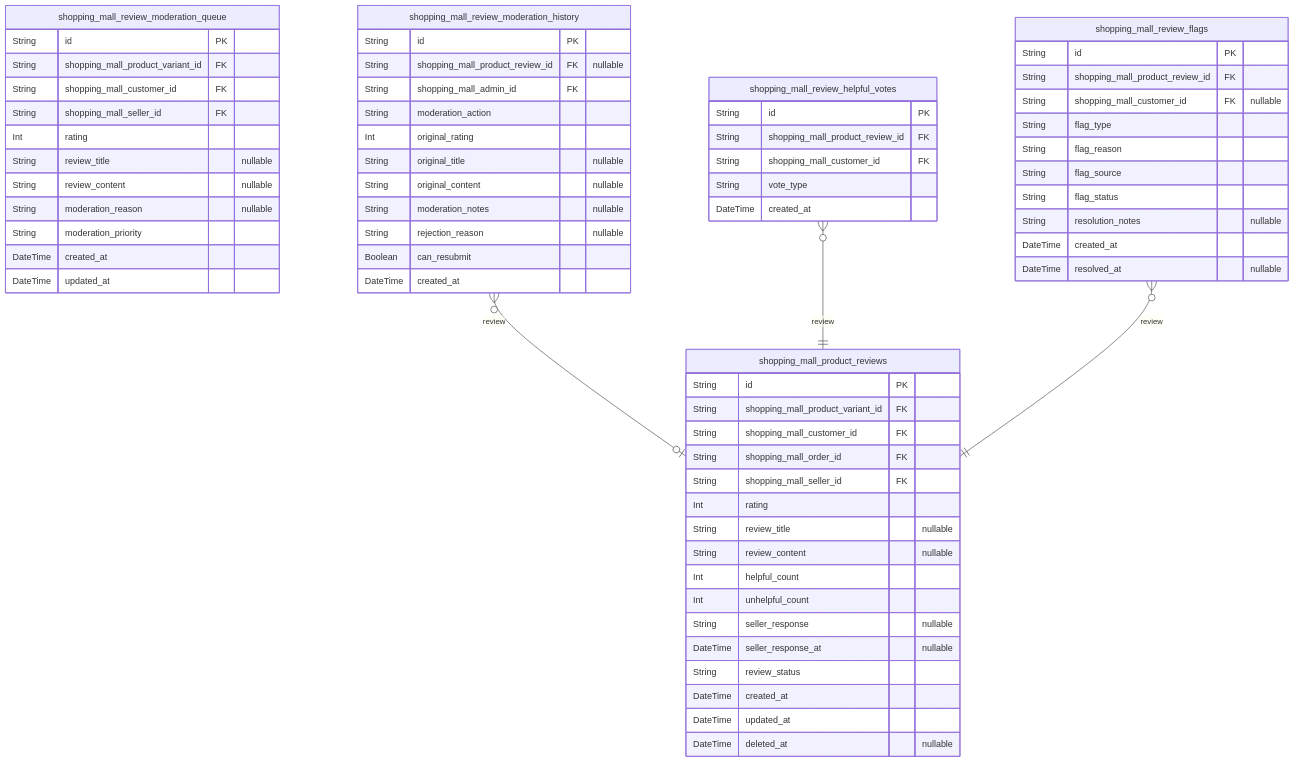
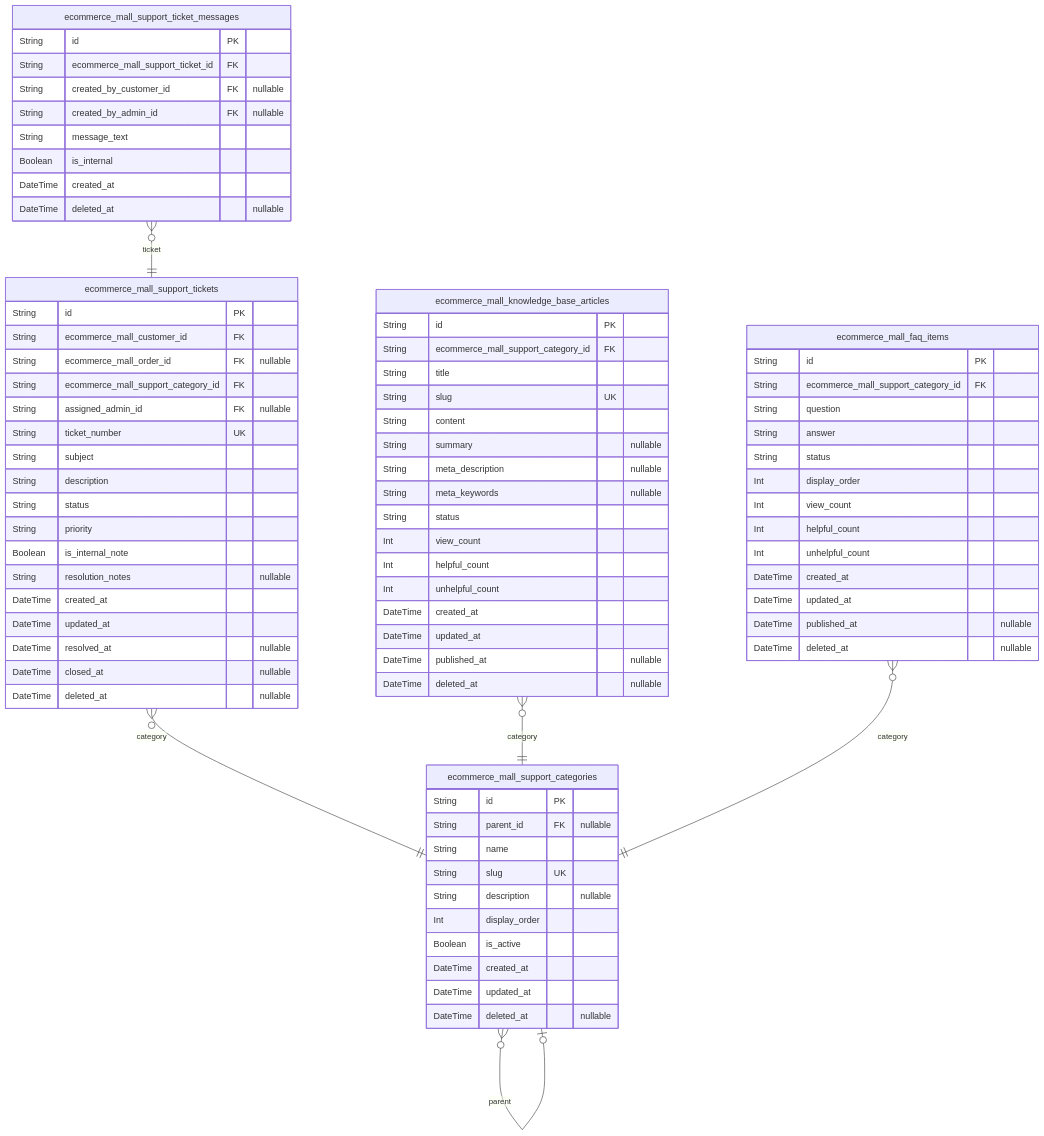
Before and after one commit to wrtnlabs/autobe-examples: the ninth of 11 diagrams in anthropic/claude-haiku-4.5/shopping/docs/ERD.md, drawn with Mermaid. The commit also changed other lines of this file and 22498 other files, not shown here.

````diff
--- a/anthropic/claude-haiku-4.5/shopping/docs/ERD.md
+++ b/anthropic/claude-haiku-4.5/shopping/docs/ERD.md
@@ -3376,69 +3659,82 @@
 ```mermaid
 erDiagram
-"shopping_mall_product_reviews" {
+"ecommerce_mall_support_categories" {
   String id PK
-  String shopping_mall_product_variant_id FK
-  String shopping_mall_customer_id FK
-  String shopping_mall_order_id FK
-  String shopping_mall_seller_id FK
-  Int rating
-  String review_title "nullable"
-  String review_content "nullable"
-  Int helpful_count
-  Int unhelpful_count
-  String seller_response "nullable"
-  DateTime seller_response_at "nullable"
-  String review_status
+  String parent_id FK "nullable"
+  String name
+  String slug UK
+  String description "nullable"
+  Int display_order
+  Boolean is_active
   DateTime created_at
   DateTime updated_at
   DateTime deleted_at "nullable"
 }
-"shopping_mall_review_moderation_queue" {
+"ecommerce_mall_support_tickets" {
   String id PK
-  String shopping_mall_product_variant_id FK
-  String shopping_mall_customer_id FK
-  String shopping_mall_seller_id FK
-  Int rating
-  String review_title "nullable"
-  String review_content "nullable"
-  String moderation_reason "nullable"
-  String moderation_priority
+  String ecommerce_mall_customer_id FK
+  String ecommerce_mall_order_id FK "nullable"
+  String ecommerce_mall_support_category_id FK
+  String assigned_admin_id FK "nullable"
+  String ticket_number UK
+  String subject
+  String description
+  String status
+  String priority
+  Boolean is_internal_note
+  String resolution_notes "nullable"
   DateTime created_at
   DateTime updated_at
+  DateTime resolved_at "nullable"
+  DateTime closed_at "nullable"
+  DateTime deleted_at "nullable"
 }
-"shopping_mall_review_moderation_history" {
+"ecommerce_mall_support_ticket_messages" {
   String id PK
-  String shopping_mall_product_review_id FK "nullable"
-  String shopping_mall_admin_id FK
-  String moderation_action
-  Int original_rating
-  String original_title "nullable"
-  String original_content "nullable"
-  String moderation_notes "nullable"
-  String rejection_reason "nullable"
-  Boolean can_resubmit
+  String ecommerce_mall_support_ticket_id FK
+  String created_by_customer_id FK "nullable"
+  String created_by_admin_id FK "nullable"
+  String message_text
+  Boolean is_internal
   DateTime created_at
+  DateTime deleted_at "nullable"
 }
-"shopping_mall_review_helpful_votes" {
+"ecommerce_mall_knowledge_base_articles" {
   String id PK
-  String shopping_mall_product_review_id FK
-  String shopping_mall_customer_id FK
-  String vote_type
+  String ecommerce_mall_support_category_id FK
+  String title
+  String slug UK
+  String content
+  String summary "nullable"
+  String meta_description "nullable"
+  String meta_keywords "nullable"
+  String status
+  Int view_count
+  Int helpful_count
+  Int unhelpful_count
   DateTime created_at
+  DateTime updated_at
+  DateTime published_at "nullable"
+  DateTime deleted_at "nullable"
 }
-"shopping_mall_review_flags" {
+"ecommerce_mall_faq_items" {
   String id PK
-  String shopping_mall_product_review_id FK
-  String shopping_mall_customer_id FK "nullable"
-  String flag_type
-  String flag_reason
-  String flag_source
-  String flag_status
-  String resolution_notes "nullable"
+  String ecommerce_mall_support_category_id FK
+  String question
+  String answer
+  String status
+  Int display_order
+  Int view_count
+  Int helpful_count
+  Int unhelpful_count
   DateTime created_at
-  DateTime resolved_at "nullable"
+  DateTime updated_at
+  DateTime published_at "nullable"
+  DateTime deleted_at "nullable"
 }
-"shopping_mall_review_moderation_history" }o--o| "shopping_mall_product_reviews" : review
-"shopping_mall_review_helpful_votes" }o--|| "shopping_mall_product_reviews" : review
-"shopping_mall_review_flags" }o--|| "shopping_mall_product_reviews" : review
+"ecommerce_mall_support_categories" }o--o| "ecommerce_mall_support_categories" : parent
+"ecommerce_mall_support_tickets" }o--|| "ecommerce_mall_support_categories" : category
+"ecommerce_mall_support_ticket_messages" }o--|| "ecommerce_mall_support_tickets" : ticket
+"ecommerce_mall_knowledge_base_articles" }o--|| "ecommerce_mall_support_categories" : category
+"ecommerce_mall_faq_items" }o--|| "ecommerce_mall_support_categories" : category
 ```
````
